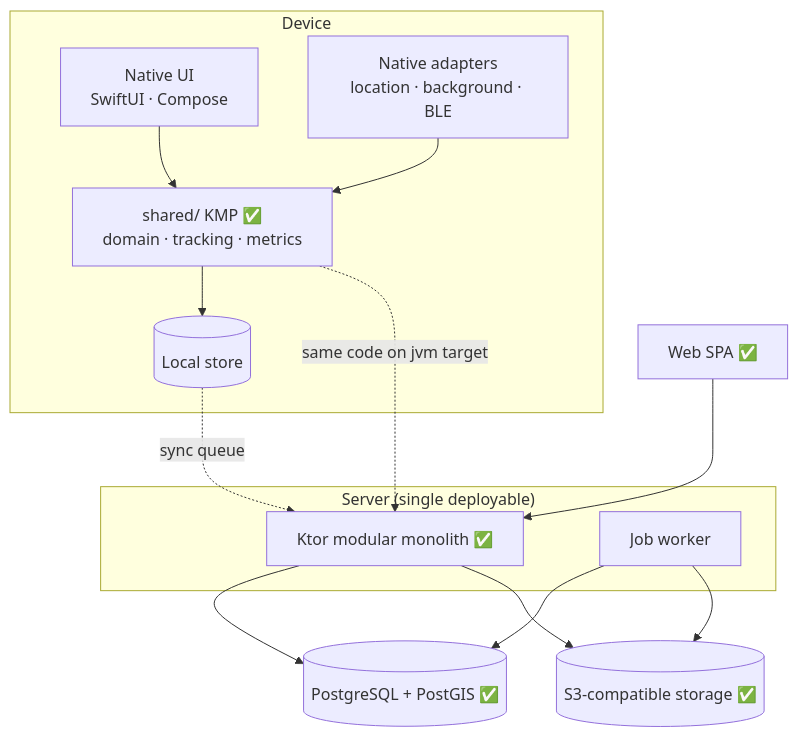
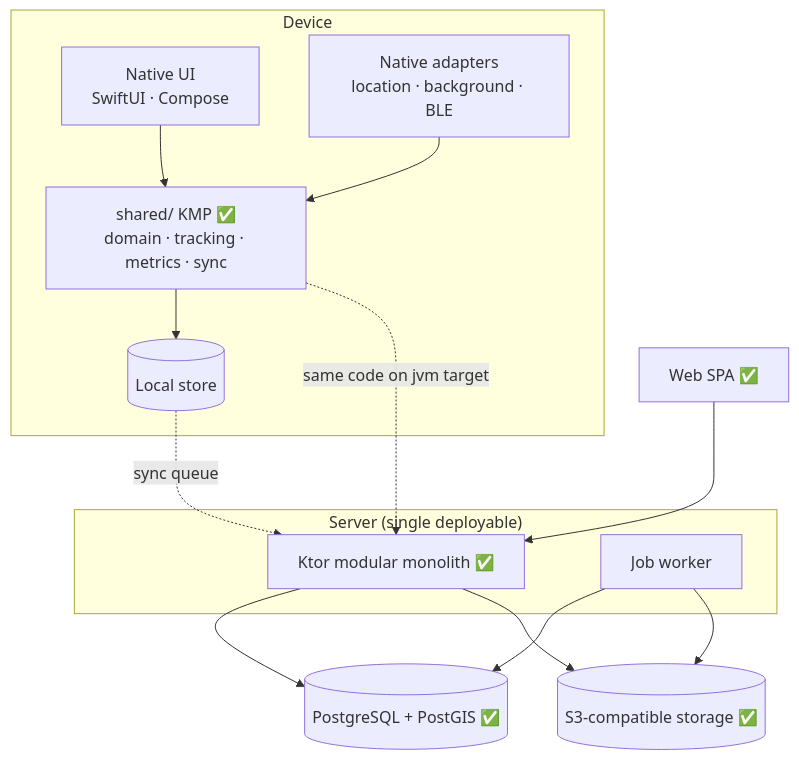
The second of 2 diagrams in docs/architecture/overview.md (AlessioBrillo/averyn), drawn with Mermaid before and after one commit. The commit also changed 10 other files, not shown here.

Commit message:
feat(sync): shared/sync module, client side of activity upload (TDD-0002) (#13)

````diff
--- a/docs/architecture/overview.md
+++ b/docs/architecture/overview.md
@@ -34,20 +34,20 @@
 ```mermaid
 flowchart TB
   subgraph device["Device"]
-    ui[Native UI<br/>SwiftUI · Compose] --> sh[shared/ KMP ✅<br/>domain · tracking · metrics]
+    ui[Native UI<br/>SwiftUI · Compose] --> sh[shared/ KMP ✅<br/>domain · tracking · metrics · sync]
     nat[Native adapters<br/>location · background · BLE] --> sh
     sh --> local[(Local store)]
   end
   subgraph server["Server (single deployable)"]
     ktor[Ktor modular monolith ✅]
     jobs[Job worker]
   end
   pg[(PostgreSQL + PostGIS ✅)]
   s3[(S3-compatible storage ✅)]
   spa[Web SPA ✅]
   local -.sync queue.-> ktor
   spa --> ktor
   ktor --> pg & s3
   jobs --> pg & s3
   sh -. same code on jvm target .-> ktor
 ```
````
